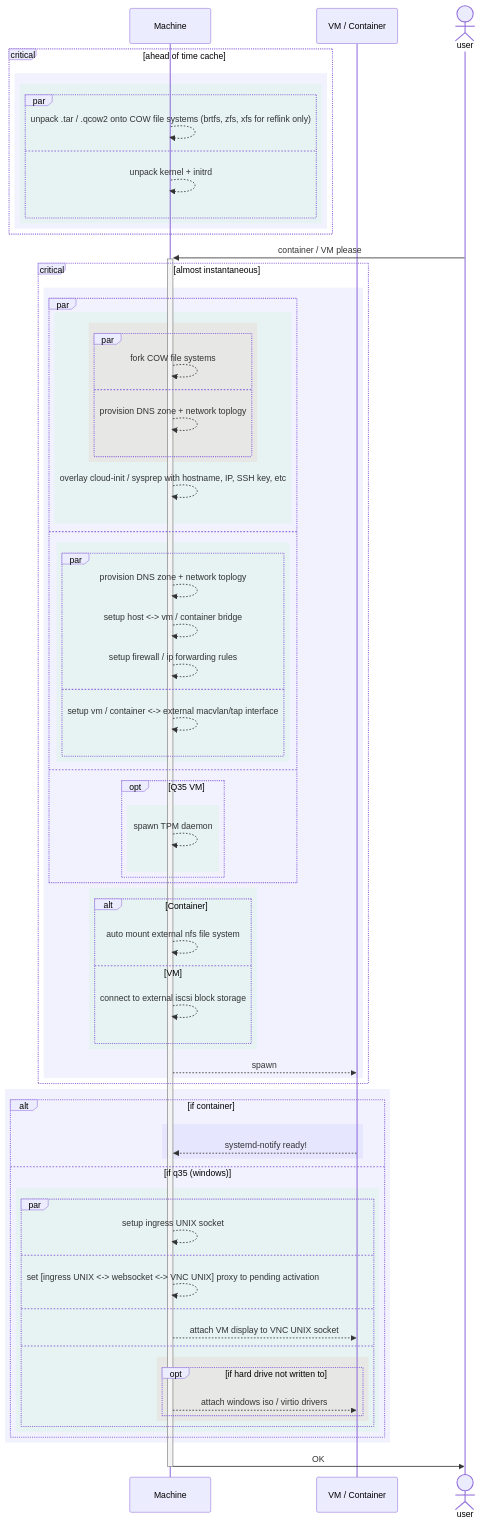
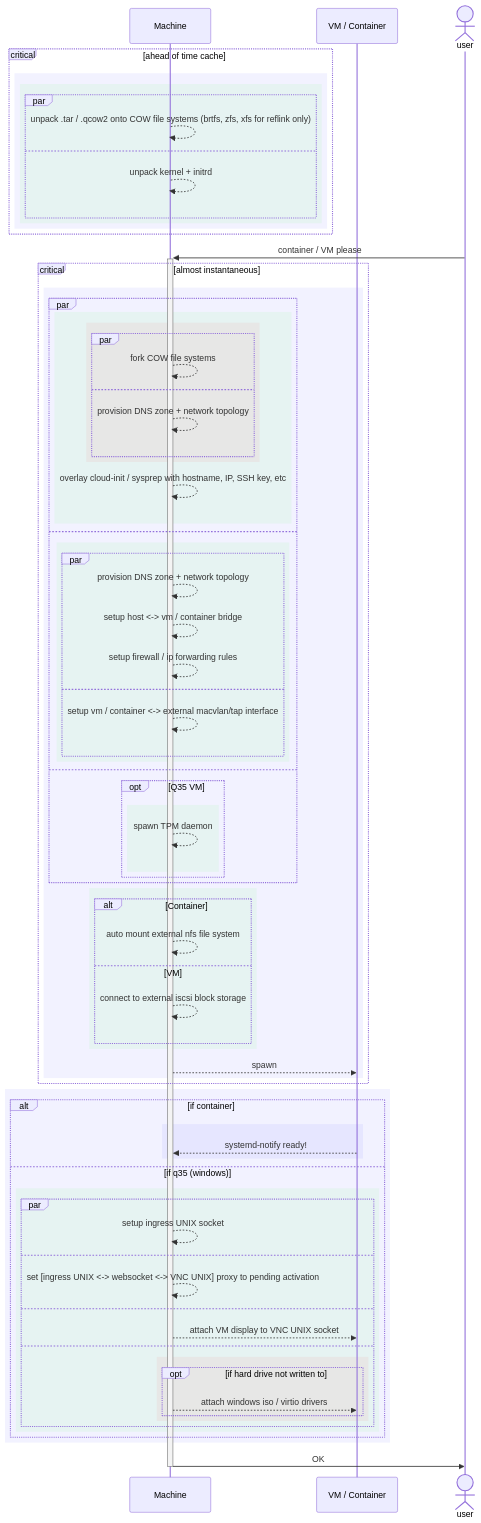
The second of 2 diagrams in doc/DESIGN.md (ms-jpq/lab), drawn with Mermaid before and after one commit. The commit also changed other lines of this file and 3 other files, not shown here.

```diff
--- a/doc/DESIGN.md
+++ b/doc/DESIGN.md
@@ -195,7 +195,7 @@
             par
               machine-->>machine : fork COW file systems
             and
-              machine-->>machine : provision DNS zone + network toplogy
+              machine-->>machine : provision DNS zone + network topology
             end
           end
           machine-->>machine : overlay cloud-init / sysprep with hostname, IP, SSH key, etc
@@ -203,7 +203,7 @@
       and
         rect rgba(0, 255, 0, 0.05)
           par
-            machine-->>machine : provision DNS zone + network toplogy
+            machine-->>machine : provision DNS zone + network topology
             machine-->>machine : setup host <-> vm / container bridge
             machine-->>machine : setup firewall / ip forwarding rules
           and
```
